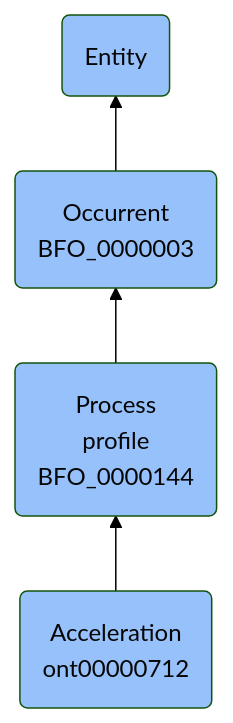
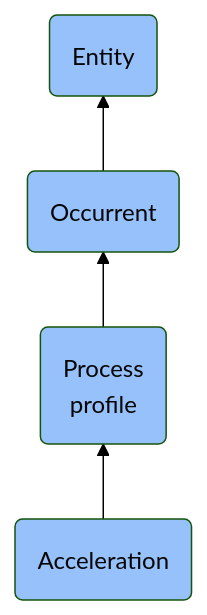
One commit to jupyter-naas/abi changed the diagram in docs/ontology/reference/model/Entity/Occurrent/Process profile/Acceleration/Acceleration.md. Above: the diagram before and after it, drawn with Mermaid (forest theme). The commit also changed other lines of this file and 1430 other files, not shown here.

````diff
--- a/docs/ontology/reference/model/Entity/Occurrent/Process profile/Acceleration/Acceleration.md
+++ b/docs/ontology/reference/model/Entity/Occurrent/Process profile/Acceleration/Acceleration.md
@@ -24,11 +24,11 @@
 ```mermaid
 graph BT
-    ont00000712(Acceleration<br>ont00000712):::BFO-->BFO_0000144
-    BFO_0000144(Process<br>profile<br>BFO_0000144):::BFO-->BFO_0000003
-    BFO_0000003(Occurrent<br>BFO_0000003):::BFO-->BFO_0000001
+    ont00000712(Acceleration):::BFO-->BFO_0000144
+    BFO_0000144(Process<br>profile):::BFO-->BFO_0000003
+    BFO_0000003(Occurrent):::BFO-->BFO_0000001
     BFO_0000001(Entity):::BFO
     
     classDef BFO fill:#97c1fb,color:#060606
     classDef CCO fill:#e4c51e,color:#060606
     classDef ABI fill:#48DD82,color:#060606
 ```
````
